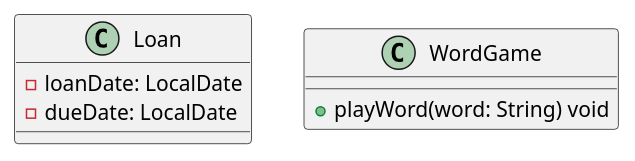
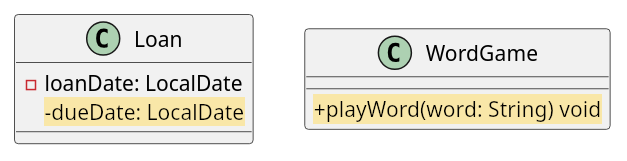
One commit to HAN-Craftsmanship-KL-JJG/oose-study changed diagram 18 of 23 in app/check-design/_sections/common-mistakes-before-and-after.mdx. Above: the diagram before and after it, drawn with PlantUML. The commit also changed other lines of this file and 37 other files, not shown here.

````diff
--- a/app/check-design/_sections/common-mistakes-before-and-after.mdx
+++ b/app/check-design/_sections/common-mistakes-before-and-after.mdx
@@ -234,9 +234,9 @@
 ```plantuml
     class Loan {
         -loanDate: LocalDate
-        -dueDate: LocalDate
+        <back:#F9E7A8>-dueDate: LocalDate</back>
     }
     class WordGame {
-        +playWord(word: String) void
+        <back:#F9E7A8>+playWord(word: String) void</back>
     }
 ```
````
